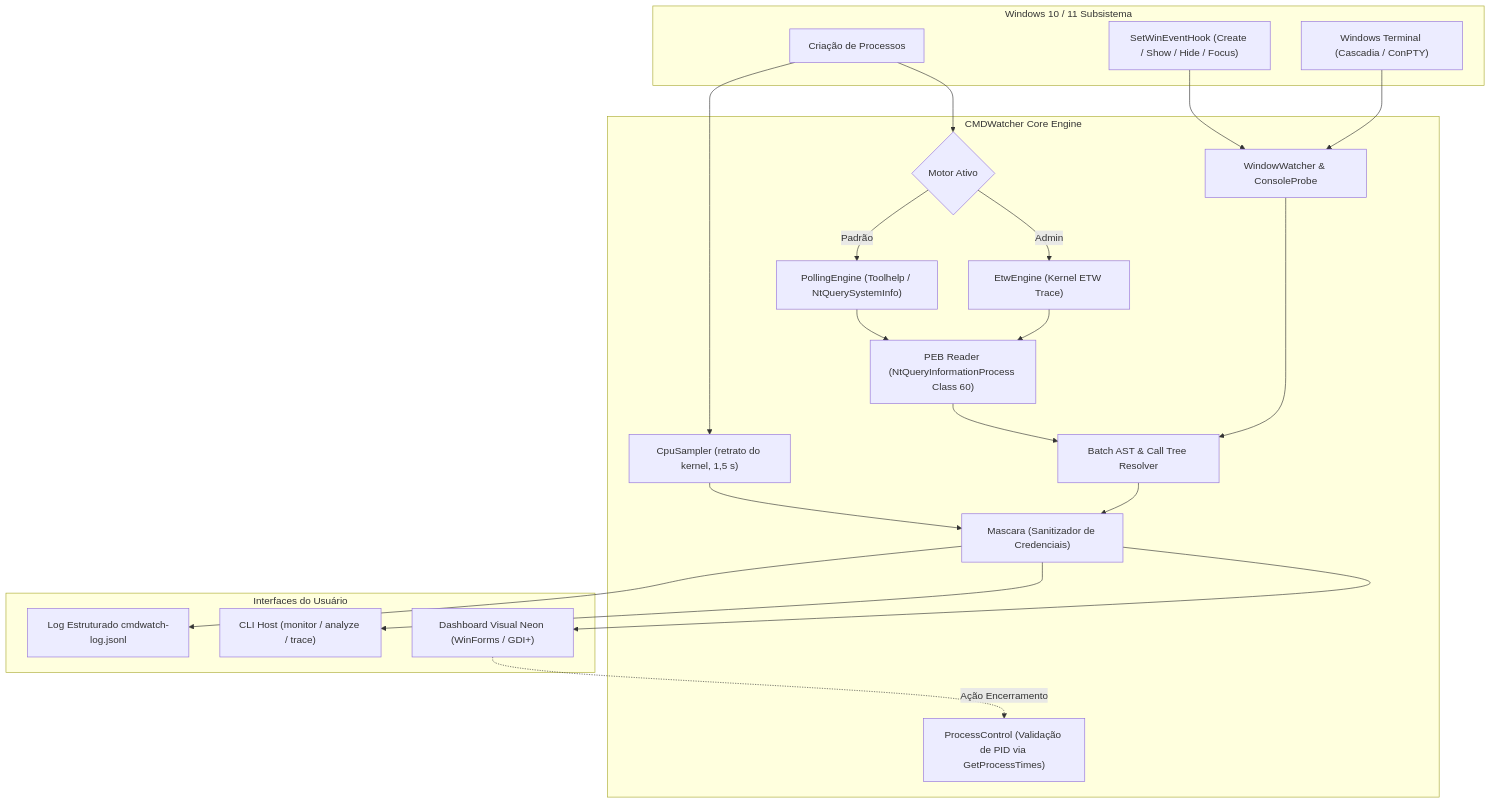
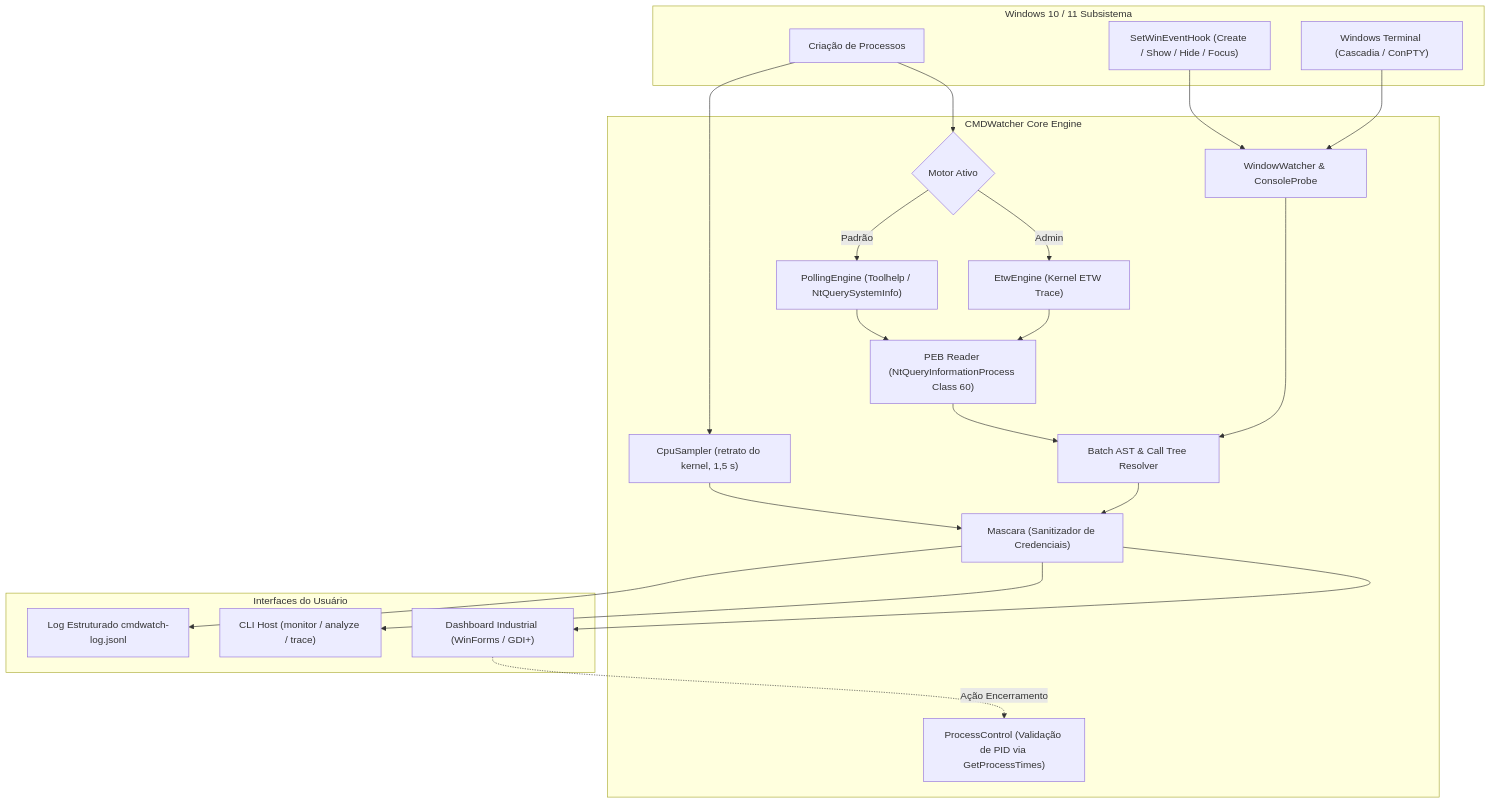
The diagram in README.pt-BR.md (dellanio/cmdwatch), drawn with Mermaid before and after one commit. The commit also changed other lines of this file and 7 other files, not shown here.

````diff
--- a/README.pt-BR.md
+++ b/README.pt-BR.md
@@ -118,40 +121,40 @@
 ```mermaid
 flowchart TD
     subgraph OS ["Windows 10 / 11 Subsistema"]
         ProcLife["Criação de Processos"]
         WinEvents["SetWinEventHook (Create / Show / Hide / Focus)"]
         Terminals["Windows Terminal (Cascadia / ConPTY)"]
     end
 
     subgraph Core ["CMDWatcher Core Engine"]
         EngineChoice{"Motor Ativo"}
         EtwEng["EtwEngine (Kernel ETW Trace)"]
         PollEng["PollingEngine (Toolhelp / NtQuerySystemInfo)"]
         PEBReader["PEB Reader (NtQueryInformationProcess Class 60)"]
         WinWatcher["WindowWatcher & ConsoleProbe"]
         AST["Batch AST & Call Tree Resolver"]
         Masker["Mascara (Sanitizador de Credenciais)"]
         SafeKill["ProcessControl (Validação de PID via GetProcessTimes)"]
         CpuSampler["CpuSampler (retrato do kernel, 1,5 s)"]
     end
 
     subgraph Output ["Interfaces do Usuário"]
-        GUI["Dashboard Visual Neon (WinForms / GDI+)"]
+        GUI["Dashboard Industrial (WinForms / GDI+)"]
         CLI["CLI Host (monitor / analyze / trace)"]
         JSONL["Log Estruturado cmdwatch-log.jsonl"]
     end
 
     ProcLife --> EngineChoice
     ProcLife --> CpuSampler
     EngineChoice -->|"Admin"| EtwEng
     EngineChoice -->|"Padrão"| PollEng
     PollEng & EtwEng --> PEBReader
     WinEvents & Terminals --> WinWatcher
     PEBReader & WinWatcher --> AST
     AST --> Masker
     CpuSampler --> Masker
     Masker --> GUI
     Masker --> CLI
     Masker --> JSONL
     GUI -.->|"Ação Encerramento"| SafeKill
 ```
````
